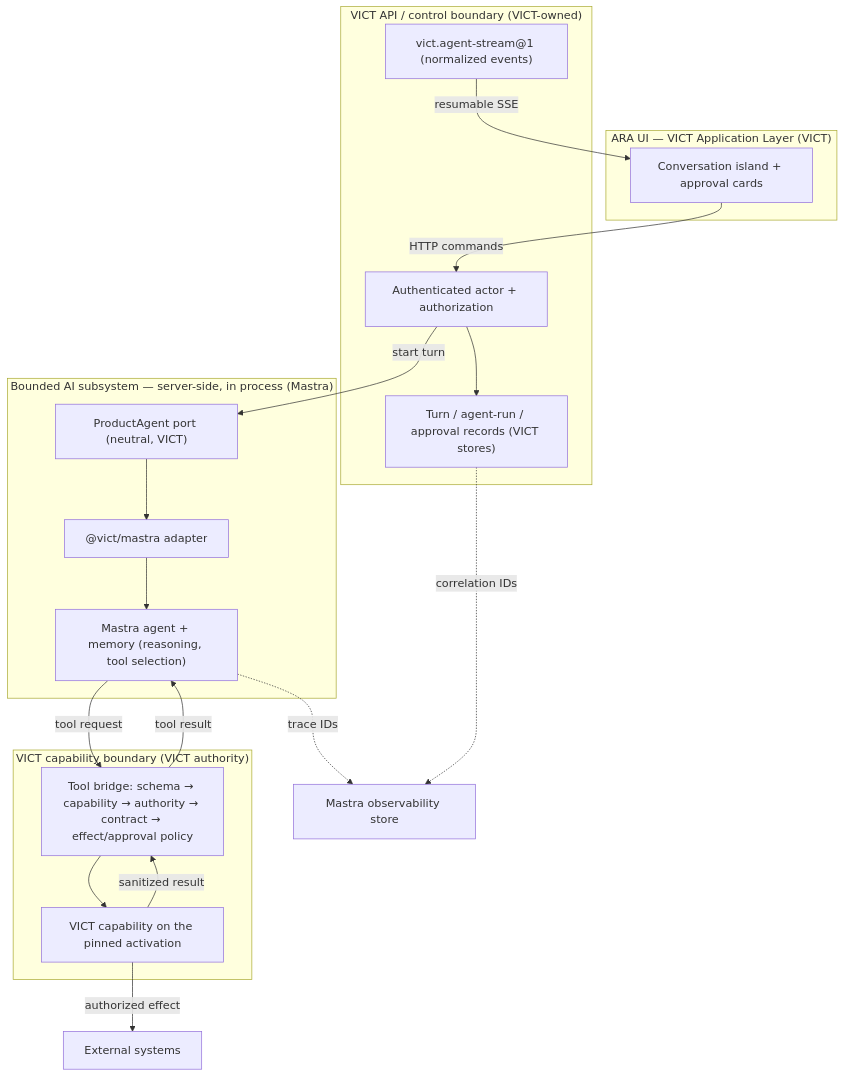
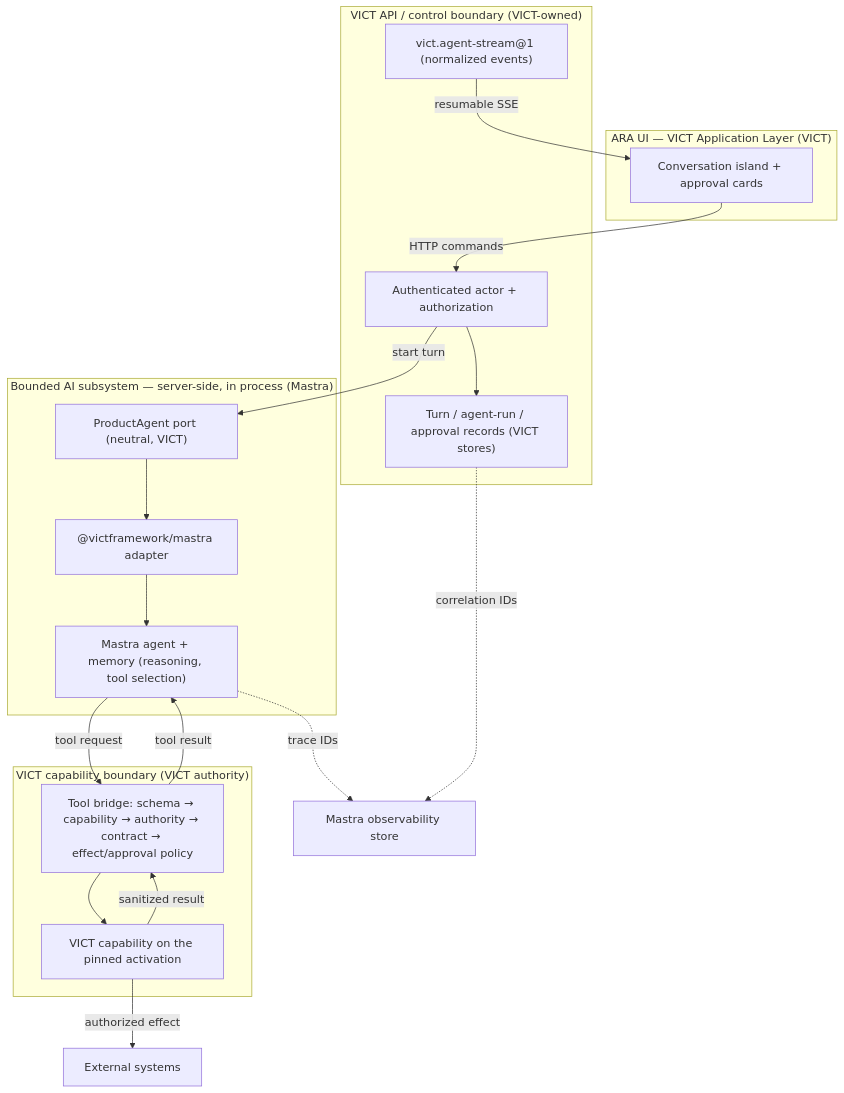
One commit to radz2291/vict-02 changed the first of 4 diagrams in docs/architecture/MASTRA-ARA-INTEGRATION.md. Above: the diagram before and after it, drawn with Mermaid. The commit also changed other lines of this file and 11 other files, not shown here.

````diff
--- a/docs/architecture/MASTRA-ARA-INTEGRATION.md
+++ b/docs/architecture/MASTRA-ARA-INTEGRATION.md
@@ -321,31 +321,31 @@
 ```mermaid
 flowchart TB
     subgraph PRODUCT["ARA UI — VICT Application Layer (VICT)"]
         CHAT["Conversation island + approval cards"]
     end
     subgraph BOUNDARY["VICT API / control boundary (VICT-owned)"]
         AUTH["Authenticated actor + authorization"]
         STREAM["vict.agent-stream@1 (normalized events)"]
         TURN["Turn / agent-run / approval records (VICT stores)"]
     end
     subgraph AISUB["Bounded AI subsystem — server-side, in process (Mastra)"]
         PORT["ProductAgent port (neutral, VICT)"]
-        ADP["@vict/mastra adapter"]
+        ADP["@victframework/mastra adapter"]
         AGENT2["Mastra agent + memory (reasoning, tool selection)"]
     end
     subgraph GOV["VICT capability boundary (VICT authority)"]
         BRIDGE2["Tool bridge: schema → capability → authority → contract → effect/approval policy"]
         CAP2["VICT capability on the pinned activation"]
     end
     CHAT -->|"HTTP commands"| AUTH
     AUTH --> TURN
     STREAM -->|"resumable SSE"| CHAT
     AUTH -->|"start turn"| PORT --> ADP --> AGENT2
     AGENT2 -->|"tool request"| BRIDGE2
     BRIDGE2 --> CAP2
     CAP2 -->|"sanitized result"| BRIDGE2
     BRIDGE2 -->|"tool result"| AGENT2
     CAP2 -->|"authorized effect"| EXT["External systems"]
     AGENT2 -.->|"trace IDs"| TRACE["Mastra observability store"]
     TURN -.->|"correlation IDs"| TRACE
 ```
````
